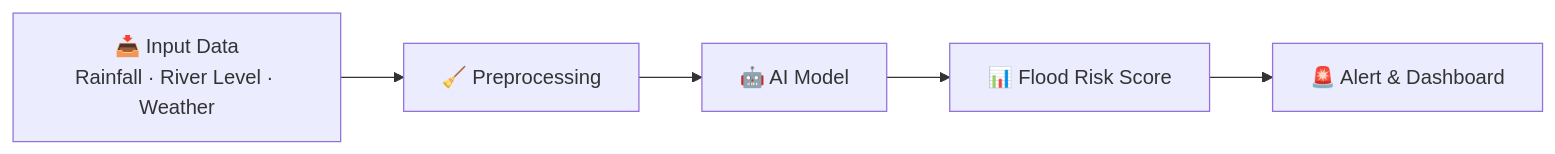
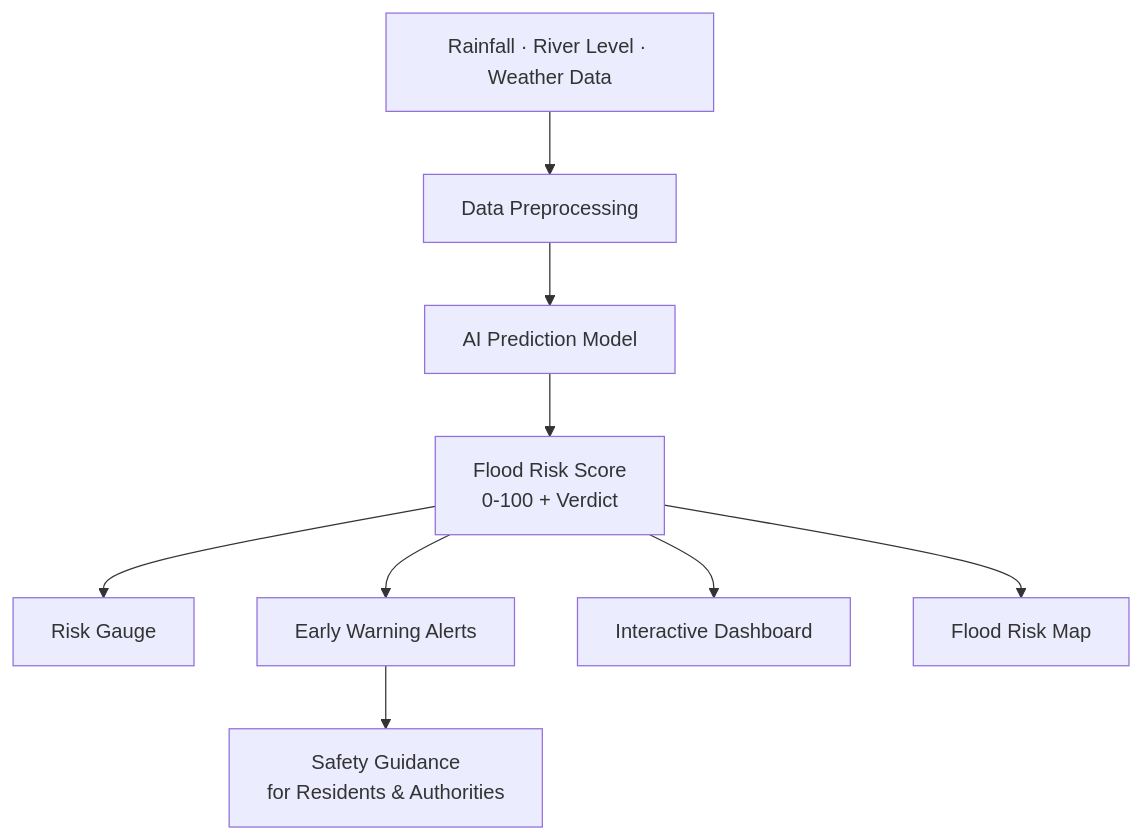
The diagram in README.md (sathi2305/JalRakshak-AI-Flood-Prediction-), drawn with Mermaid before and after one commit. The commit also changed other lines of this file, not shown here.

````diff
--- a/README.md
+++ b/README.md
@@ -105,7 +80,13 @@
 ```mermaid
-flowchart LR
-    A[📥 Input Data<br/>Rainfall · River Level · Weather] --> B[🧹 Preprocessing]
-    B --> C[🤖 AI Model]
-    C --> D[📊 Flood Risk Score]
-    D --> E[🚨 Alert & Dashboard]
+flowchart TD
+    A[Rainfall · River Level · Weather Data] --> B[Data Preprocessing]
+    B --> C[AI Prediction Model]
+    C --> D[Flood Risk Score<br/>0-100 + Verdict]
+
+    D --> E[Risk Gauge]
+    D --> F[Early Warning Alerts]
+    D --> G[Interactive Dashboard]
+    D --> H[Flood Risk Map]
+
+    F --> I[Safety Guidance<br/>for Residents & Authorities]
 ```
````
